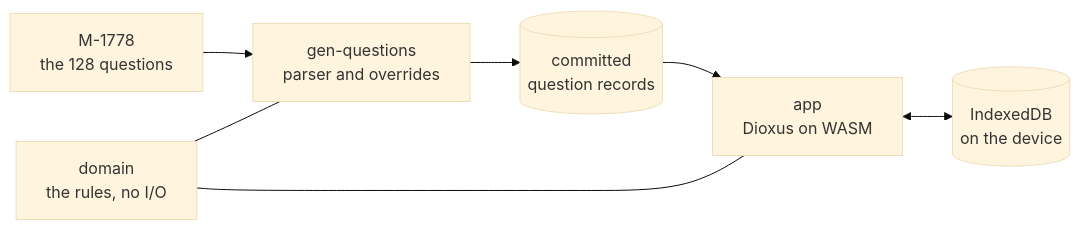
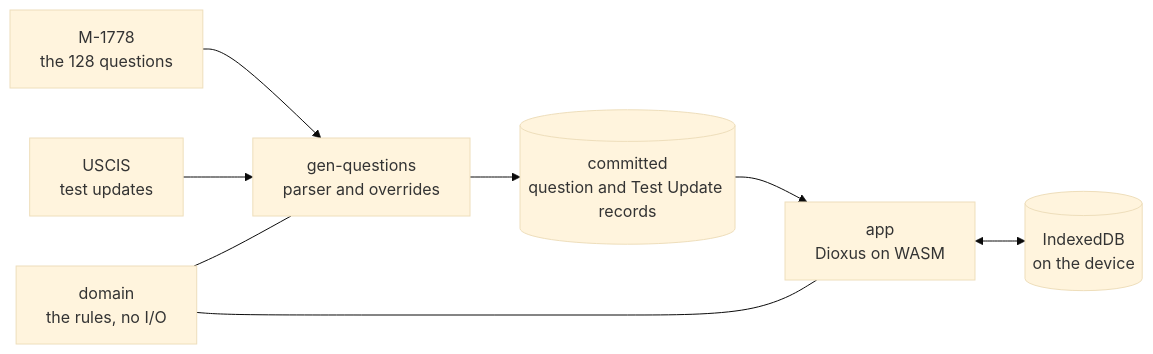
One commit to barduinor/USCIS-N400 changed the diagram in README.md. Above: the diagram before and after it, drawn with Mermaid (base theme). The commit also changed other lines of this file and 3 other files, not shown here.

````diff
--- a/README.md
+++ b/README.md
@@ -94,9 +98,10 @@
 ```mermaid
 flowchart LR
   PDF["M-1778<br/>the 128 questions"] --> GEN["gen-questions<br/>parser and overrides"]
-  GEN --> REC[("committed<br/>question records")]
+  UPDATES["USCIS<br/>test updates"] --> GEN
+  GEN --> REC[("committed<br/>question and Test Update records")]
   REC --> APP["app<br/>Dioxus on WASM"]
   DOM["domain<br/>the rules, no I/O"] --- APP
   DOM --- GEN
   APP <--> DB[("IndexedDB<br/>on the device")]
 ```
````
